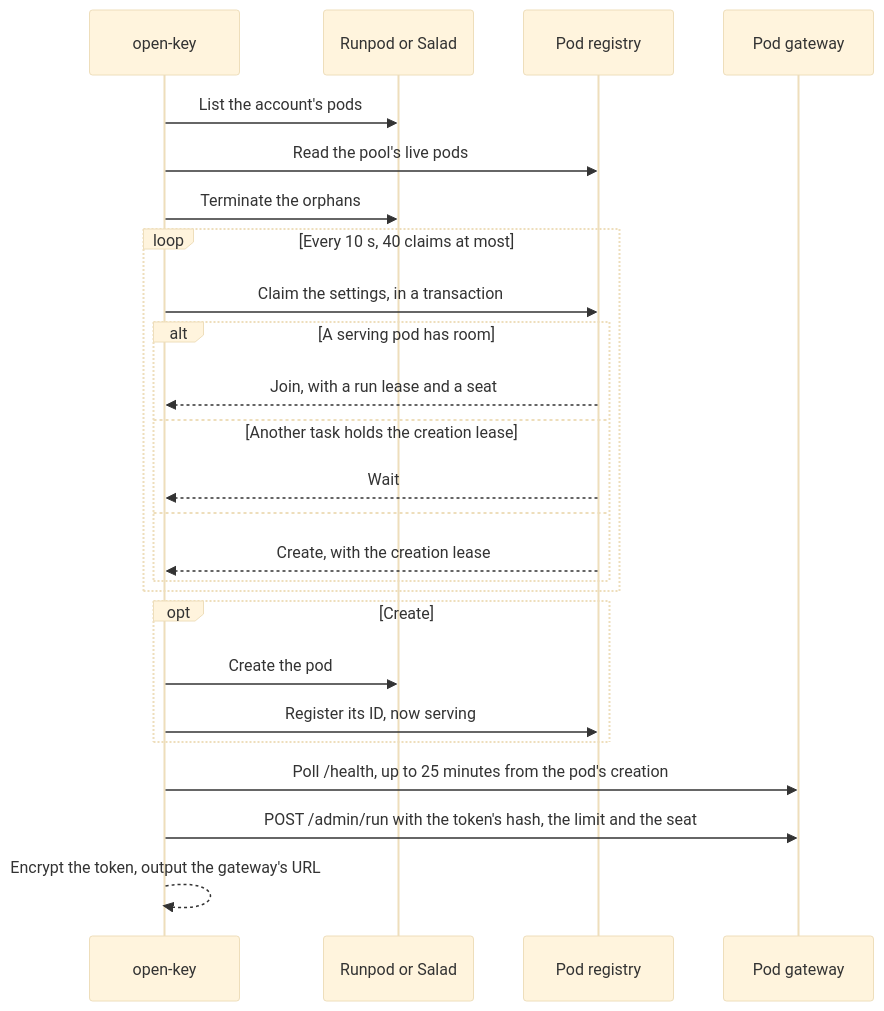
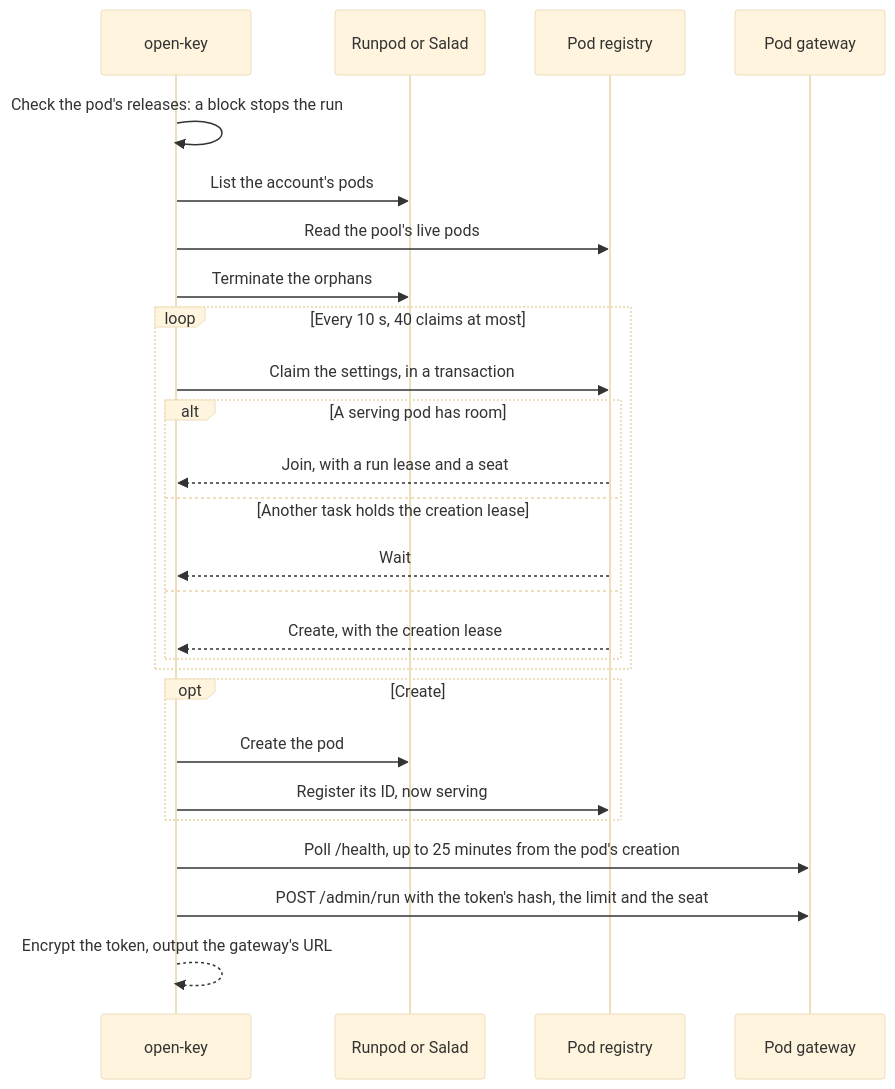
Before and after one commit to codenergy-dev/codeman: the third of 3 diagrams in docs/inference/pods.md, drawn with Mermaid (base theme). The commit also changed other lines of this file and 18 other files, not shown here.

````diff
--- a/docs/inference/pods.md
+++ b/docs/inference/pods.md
@@ -116,27 +116,28 @@
 ```mermaid
 sequenceDiagram
   participant K as open-key
   participant R as Runpod or Salad
   participant P as Pod registry
   participant G as Pod gateway
+  K->>K: Check the pod's releases: a block stops the run
   K->>R: List the account's pods
   K->>P: Read the pool's live pods
   K->>R: Terminate the orphans
   loop Every 10 s, 40 claims at most
     K->>P: Claim the settings, in a transaction
     alt A serving pod has room
       P-->>K: Join, with a run lease and a seat
     else Another task holds the creation lease
       P-->>K: Wait
     else
       P-->>K: Create, with the creation lease
     end
   end
   opt Create
     K->>R: Create the pod
     K->>P: Register its ID, now serving
   end
   K->>G: Poll /health, up to 25 minutes from the pod's creation
   K->>G: POST /admin/run with the token's hash, the limit and the seat
   K-->>K: Encrypt the token, output the gateway's URL
 ```
````
